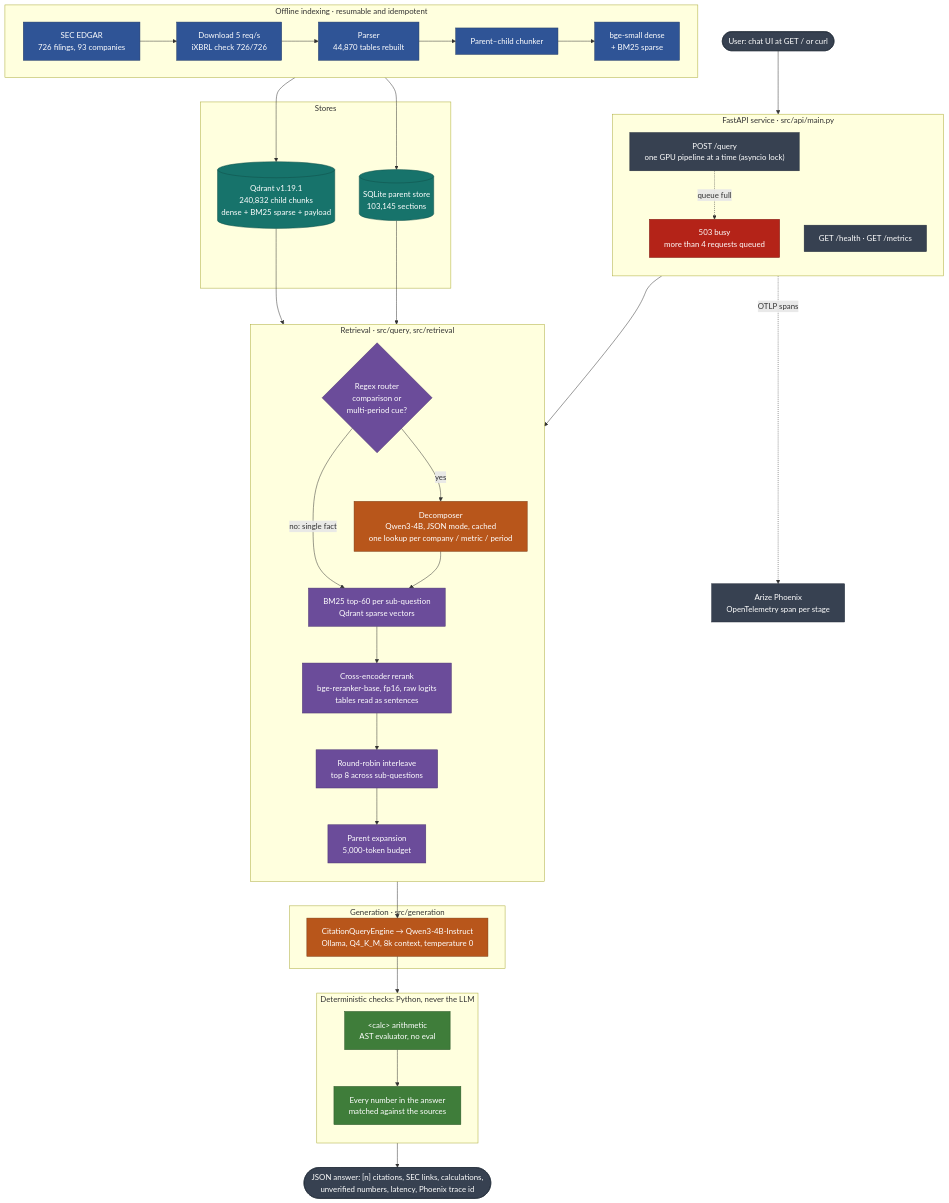
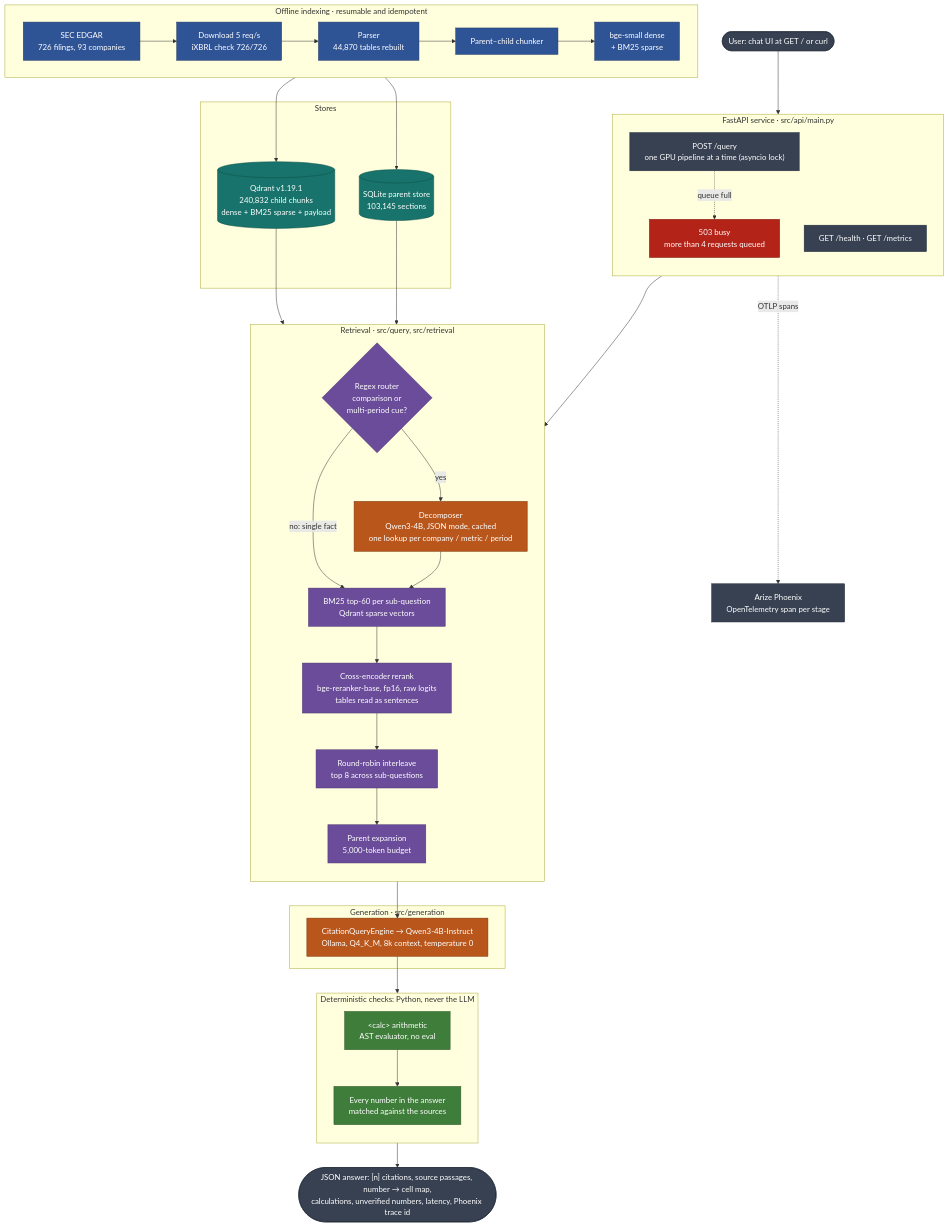
One commit to ankankisku-lab/sec-edgar-rag changed the first of 2 diagrams in README.md. Above: the diagram before and after it, drawn with Mermaid. The commit also changed other lines of this file and 6 other files, not shown here.

First line of the commit message:
Refresh the report, README and diagram through Phase 21

````diff
--- a/README.md
+++ b/README.md
@@ -21,81 +21,81 @@
 ```mermaid
 ---
 config:
   flowchart:
     wrappingWidth: 360
 ---
 flowchart TB
     user(["User: chat UI at GET / or curl"])
 
     subgraph api["FastAPI service · src/api/main.py"]
         direction TB
         query["POST /query<br/>one GPU pipeline at a time (asyncio lock)"]
         busy["503 busy<br/>more than 4 requests queued"]
         ops["GET /health · GET /metrics"]
     end
 
     subgraph retrieval["Retrieval · src/query, src/retrieval"]
         direction TB
         router{"Regex router<br/>comparison or<br/>multi-period cue?"}
         decomp["Decomposer<br/>Qwen3-4B, JSON mode, cached<br/>one lookup per company / metric / period"]
         bm25["BM25 top-60 per sub-question<br/>Qdrant sparse vectors"]
         rerank["Cross-encoder rerank<br/>bge-reranker-base, fp16, raw logits<br/>tables read as sentences"]
         merge["Round-robin interleave<br/>top 8 across sub-questions"]
         expand["Parent expansion<br/>5,000-token budget"]
     end
 
     subgraph generation["Generation · src/generation"]
         llm["CitationQueryEngine → Qwen3-4B-Instruct<br/>Ollama, Q4_K_M, 8k context, temperature 0"]
     end
 
     subgraph checks["Deterministic checks: Python, never the LLM"]
         direction TB
         calc["#lt;calc#gt; arithmetic<br/>AST evaluator, no eval"]
         verify["Every number in the answer<br/>matched against the sources"]
     end
 
-    answer(["JSON answer: [n] citations, SEC links, calculations,<br/>unverified numbers, latency, Phoenix trace id"])
+    answer(["JSON answer: [n] citations, source passages, number → cell map,<br/>calculations, unverified numbers, latency, Phoenix trace id"])
 
     subgraph stores["Stores"]
         qdrant[("Qdrant v1.19.1<br/>240,832 child chunks<br/>dense + BM25 sparse + payload")]
         parents[("SQLite parent store<br/>103,145 sections")]
     end
 
     phoenix["Arize Phoenix<br/>OpenTelemetry span per stage"]
 
     subgraph offline["Offline indexing · resumable and idempotent"]
         direction LR
         sec["SEC EDGAR<br/>726 filings, 93 companies"] --> download["Download 5 req/s<br/>iXBRL check 726/726"]
         download --> parse["Parser<br/>44,870 tables rebuilt"]
         parse --> chunk["Parent–child chunker"]
         chunk --> embed["bge-small dense<br/>+ BM25 sparse"]
     end
 
     user --> query
     query -.->|"queue full"| busy
     query --> router
     router -->|"no: single fact"| bm25
     router -->|"yes"| decomp
     decomp --> bm25
     bm25 --> rerank --> merge --> expand --> llm --> calc --> verify --> answer
     qdrant --> bm25
     parents --> expand
     embed --> qdrant
     chunk --> parents
     query -.->|"OTLP spans"| phoenix
 
     classDef io fill:#374151,stroke:#1F2937,color:#fff
     classDef ret fill:#6B4C9A,stroke:#4A3370,color:#fff
     classDef gen fill:#B8561B,stroke:#7A3710,color:#fff
     classDef det fill:#3F7D3A,stroke:#2A5427,color:#fff
     classDef store fill:#17736B,stroke:#0F4F49,color:#fff
     classDef off fill:#2F5496,stroke:#1F3864,color:#fff
     classDef warn fill:#B42318,stroke:#7A1810,color:#fff
     class user,answer,query,ops,phoenix io
     class router,bm25,rerank,merge,expand ret
     class decomp,llm gen
     class calc,verify det
     class qdrant,parents store
     class sec,download,parse,chunk,embed off
     class busy warn
 ```
````
